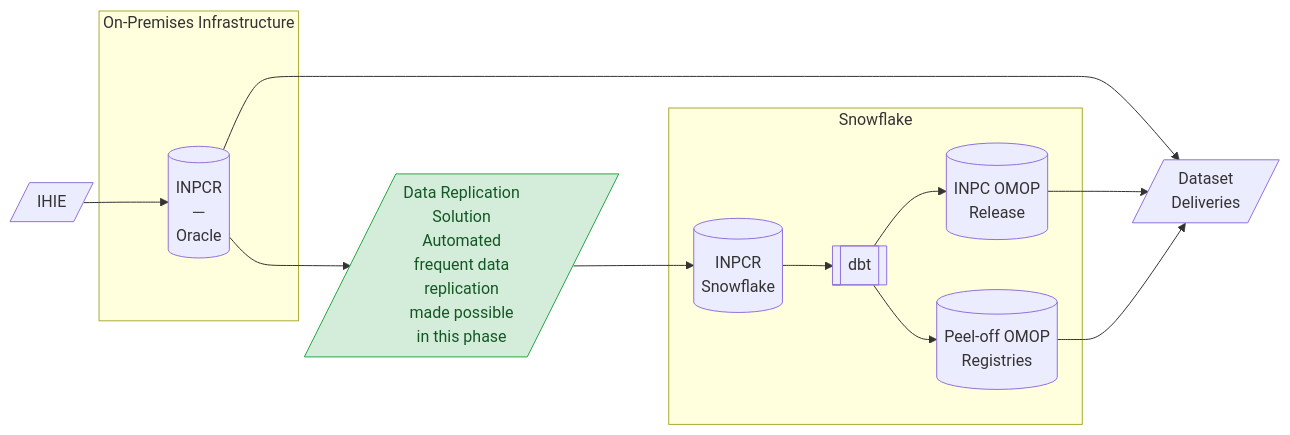
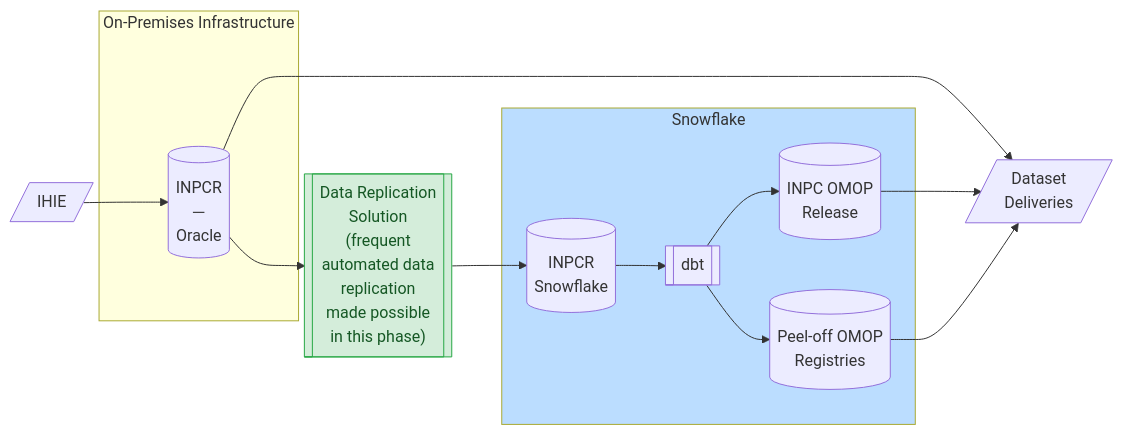
One commit to am202/documentation changed the fourth of 4 diagrams in README.md. Above: the diagram before and after it, drawn with Mermaid. The commit also changed other lines of this file, not shown here.

````diff
--- a/README.md
+++ b/README.md
@@ -86,29 +88,30 @@
 ```mermaid
   flowchart LR
       ExtData[/"IHIE"/]                                                            
       subgraph onprem["On-Premises Infrastructure"]
           INPCR[("INPCR\n─\nOracle")]
       end                                                                                           
       subgraph snowflake["Snowflake"]
           INPCR_SF[("INPCR\nSnowflake")]
           dbt[["dbt"]]
           OMOP_SF[("INPC OMOP\nRelease")]
           Registries_SF[("Peel-off OMOP\nRegistries")]
       end
+      style snowflake fill:#bbddff
 
-      Replication[/"Data Replication\nSolution\nAutomated\nfrequent data\nreplication\nmade possible\nin this phase"/]
+      Replication[["Data Replication\nSolution\n(frequent\nautomated data\nreplication\nmade possible\nin this phase)"]]
       Deliveries[/"Dataset\nDeliveries"/]
 
       ExtData --> INPCR
       INPCR --> Deliveries
       INPCR --> Replication
       Replication -->INPCR_SF
       INPCR_SF --> dbt
       dbt --> OMOP_SF
       dbt --> Registries_SF
       OMOP_SF --> Deliveries
       Registries_SF --> Deliveries
 
       classDef newNode fill:#d4edda,stroke:#28a745,color:#155724
       class Replication newNode
 ```
````
